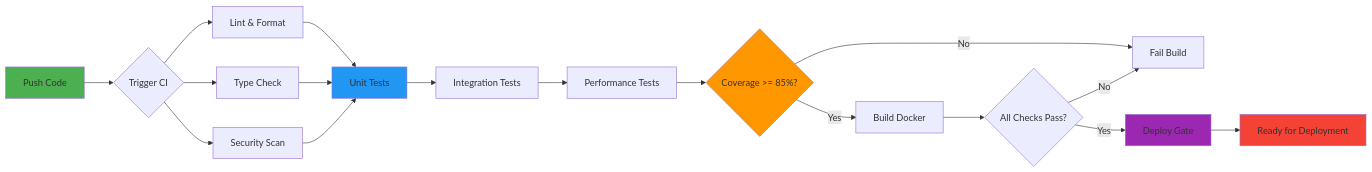
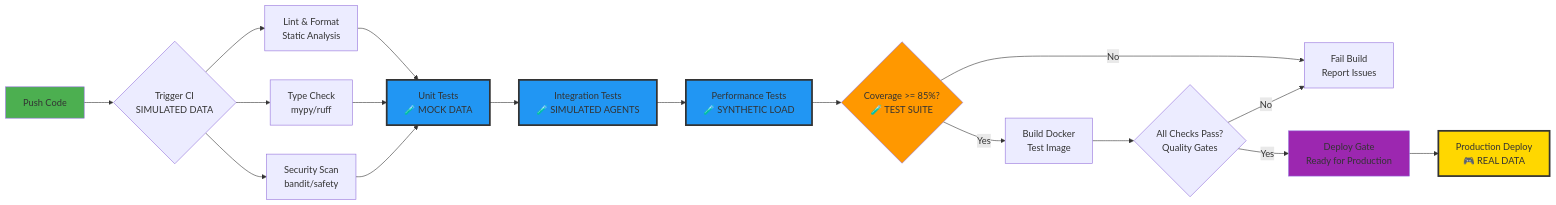
One commit to fouada/Assignment7_mcp-multi-agent-game changed diagram 27 of 31 in README.md. Above: the diagram before and after it, drawn with Mermaid. The commit also changed other lines of this file and 1 other file, not shown here.

````diff
--- a/README.md
+++ b/README.md
@@ -1282,30 +2106,32 @@
 ```mermaid
 graph LR
-    A[Push Code] --> B{Trigger CI}
-    B --> C[Lint & Format]
-    B --> D[Type Check]
-    B --> E[Security Scan]
+    A[Push Code] --> B{Trigger CI<br/>SIMULATED DATA}
+    B --> C[Lint & Format<br/>Static Analysis]
+    B --> D[Type Check<br/>mypy/ruff]
+    B --> E[Security Scan<br/>bandit/safety]
     
-    C --> F[Unit Tests]
+    C --> F[Unit Tests<br/>🧪 MOCK DATA]
     D --> F
     E --> F
     
-    F --> G[Integration Tests]
-    G --> H[Performance Tests]
-    H --> I{Coverage >= 85%?}
+    F --> G[Integration Tests<br/>🧪 SIMULATED AGENTS]
+    G --> H[Performance Tests<br/>🧪 SYNTHETIC LOAD]
+    H --> I{Coverage >= 85%?<br/>🧪 TEST SUITE}
     
-    I -->|Yes| J[Build Docker]
-    I -->|No| K[Fail Build]
+    I -->|Yes| J[Build Docker<br/>Test Image]
+    I -->|No| K[Fail Build<br/>Report Issues]
     
-    J --> L{All Checks Pass?}
-    L -->|Yes| M[Deploy Gate]
+    J --> L{All Checks Pass?<br/>Quality Gates}
+    L -->|Yes| M[Deploy Gate<br/>Ready for Production]
     L -->|No| K
     
-    M --> N[Ready for Deployment]
+    M --> N[Production Deploy<br/>🎮 REAL DATA]
     
     style A fill:#4CAF50
-    style F fill:#2196F3
+    style F fill:#2196F3,stroke:#333,stroke-width:3px
+    style G fill:#2196F3,stroke:#333,stroke-width:3px
+    style H fill:#2196F3,stroke:#333,stroke-width:3px
     style I fill:#FF9800
     style M fill:#9C27B0
-    style N fill:#F44336
+    style N fill:#FFD700,stroke:#333,stroke-width:3px
 ```
````
